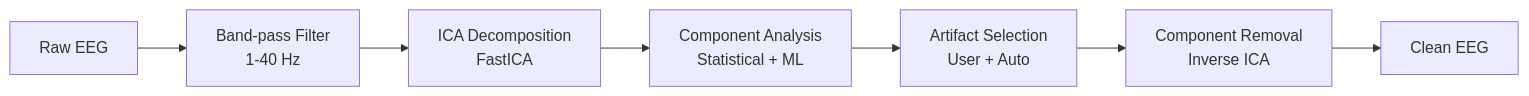
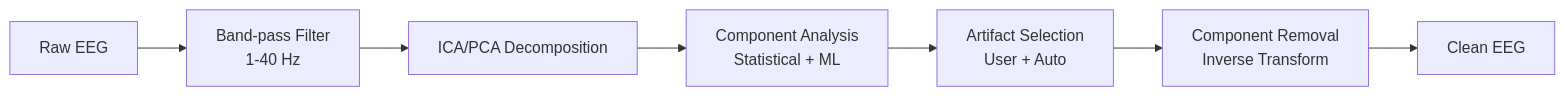
One commit to porfanid/Katharsis changed the second of 2 diagrams in README.md. Above: the diagram before and after it, drawn with Mermaid. The commit also changed other lines of this file and 2 other files, not shown here.

````diff
--- a/README.md
+++ b/README.md
@@ -230,9 +305,9 @@
 ```mermaid
 flowchart LR
     A[Raw EEG] --> B[Band-pass Filter<br/>1-40 Hz]
-    B --> C[ICA Decomposition<br/>FastICA]
+    B --> C[ICA/PCA Decomposition]
     C --> D[Component Analysis<br/>Statistical + ML]
     D --> E[Artifact Selection<br/>User + Auto]
-    E --> F[Component Removal<br/>Inverse ICA]
+    E --> F[Component Removal<br/>Inverse Transform]
     F --> G[Clean EEG]
 ```
````
